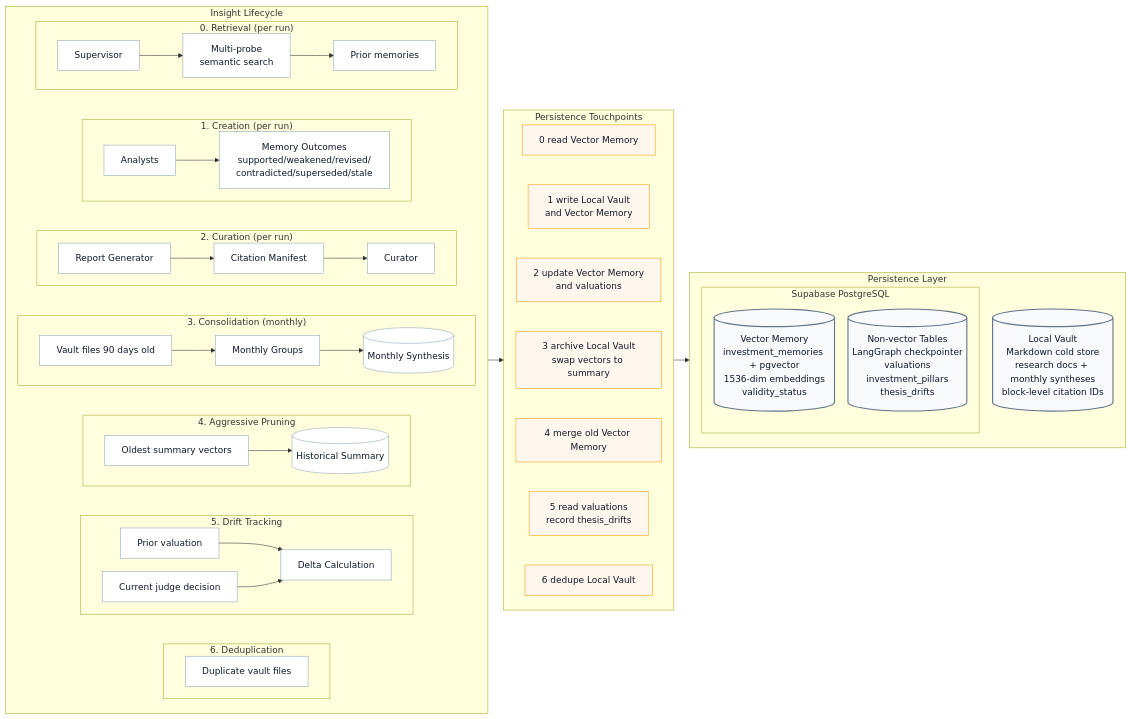
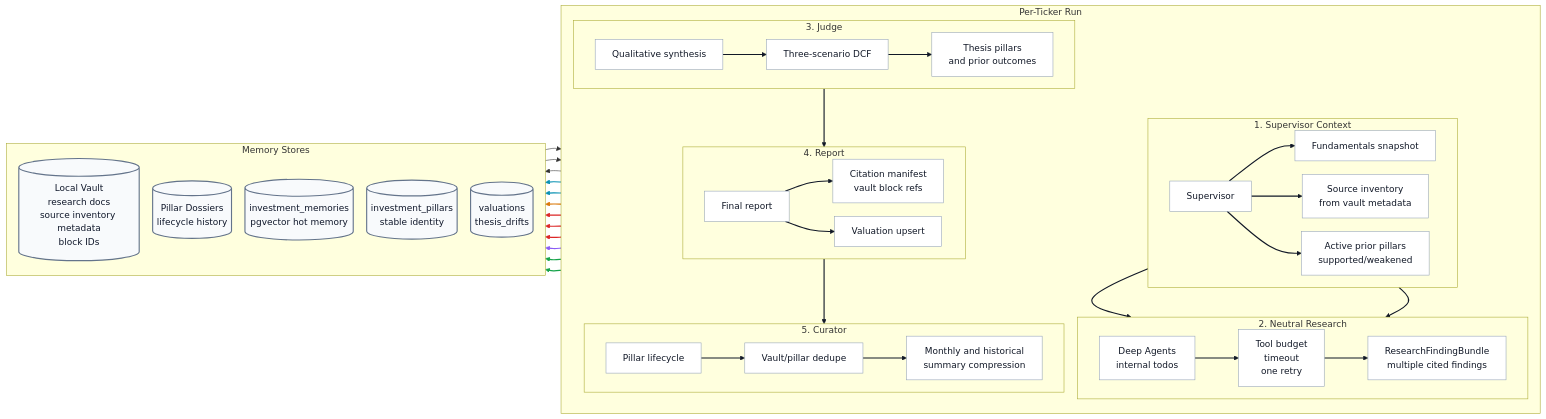
One commit to Cocopuffff/valuebrief changed the second of 2 diagrams in README.md. Above: the diagram before and after it, drawn with Mermaid. The commit also changed other lines of this file and 39 other files, not shown here.

First line of the commit message:
feat: add resilient Deep Agents research workflow

````diff
--- a/README.md
+++ b/README.md
@@ -141,104 +159,109 @@
 ```mermaid
 %%{init: {"flowchart": {"curve": "basis", "nodeSpacing": 24, "rankSpacing": 28}} }%%
 flowchart LR
-    subgraph LIFE["Insight Lifecycle"]
+    subgraph RUN["Per-Ticker Run"]
         direction TB
 
-        subgraph STEP0["0. Retrieval (per run)"]
+        subgraph STEP1["1. Supervisor Context"]
             direction LR
             S[Supervisor]
-            PROBES[Multi-probe<br/>semantic search]
-            PRIOR[Prior memories]
-            S --> PROBES --> PRIOR
+            F[Fundamentals snapshot]
+            INV[Source inventory<br/>from vault metadata]
+            PRIOR[Active prior pillars<br/>supported/weakened]
+            S --> F
+            S --> INV
+            S --> PRIOR
         end
 
-        subgraph STEP1["1. Creation (per run)"]
+        subgraph STEP2["2. Neutral Research"]
             direction LR
-            ANALYSTS[Analysts]
-            OUTCOMES[Memory Outcomes<br/>supported/weakened/revised/<br/>contradicted/superseded/stale]
-            ANALYSTS --> OUTCOMES
+            DA[Deep Agents<br/>internal todos]
+            BUDGET[Tool budget<br/>timeout<br/>one retry]
+            FIND[ResearchFindingBundle<br/>multiple cited findings]
+            DA --> BUDGET --> FIND
         end
 
-        subgraph STEP2["2. Curation (per run)"]
+        subgraph STEP3["3. Judge"]
             direction LR
-            REP[Report Generator]
-            CM[Citation Manifest]
-            CUR[Curator]
-            REP --> CM --> CUR
+            SYN[Qualitative synthesis]
+            DCF[Three-scenario DCF]
+            PILLAR[Thesis pillars<br/>and prior outcomes]
+            SYN --> DCF --> PILLAR
         end
 
-        subgraph STEP3["3. Consolidation (monthly)"]
+        subgraph STEP4["4. Report"]
             direction LR
-            OLD[Vault files 90 days old]
-            GRP[Monthly Groups]
-            SYNTH[(Monthly Synthesis)]
-            OLD --> GRP --> SYNTH
+            REP[Final report]
+            CITE[Citation manifest<br/>vault block refs]
+            VAL[Valuation upsert]
+            REP --> CITE
+            REP --> VAL
         end
 
-        subgraph STEP4["4. Aggressive Pruning"]
+        subgraph STEP5["5. Curator"]
             direction LR
-            OLDEST[Oldest summary vectors]
-            HIST[(Historical Summary)]
-            OLDEST --> HIST
-        end
-
-        subgraph STEP5["5. Drift Tracking"]
-            direction LR
-            OLDV[Prior valuation]
-            NEWV[Current judge decision]
-            DRIFT[Delta Calculation]
-            OLDV --> DRIFT
-            NEWV --> DRIFT
-        end
-
-        subgraph STEP6["6. Deduplication"]
-            direction LR
-            DUP[Duplicate vault files]
-        end
-
-        STEP0 ~~~ STEP1
-        STEP1 ~~~ STEP2
-        STEP2 ~~~ STEP3
-        STEP3 ~~~ STEP4
-        STEP4 ~~~ STEP5
-        STEP5 ~~~ STEP6
-    end
-
-    subgraph TOUCH["Persistence Touchpoints"]
-        direction TB
-        T0[0 read Vector Memory]
-        T1[1 write Local Vault<br/>and Vector Memory]
-        T2[2 update Vector Memory<br/>and valuations]
-        T3[3 archive Local Vault<br/>swap vectors to summary]
-        T4[4 merge old Vector Memory]
-        T5[5 read valuations<br/>record thesis_drifts]
-        T6[6 dedupe Local Vault]
-        T0 ~~~ T1
-        T1 ~~~ T2
-        T2 ~~~ T3
-        T3 ~~~ T4
-        T4 ~~~ T5
-        T5 ~~~ T6
-    end
-
-    subgraph PERSIST["Persistence Layer"]
-        direction TB
-        VAULT[(Local Vault<br/>Markdown cold store<br/>research docs + monthly syntheses<br/>block-level citation IDs)]
-
-        subgraph PG["Supabase PostgreSQL"]
-            direction TB
-            VEC[(Vector Memory<br/>investment_memories + pgvector<br/>1536-dim embeddings<br/>validity_status)]
-            PGTABLES[(Non-vector Tables<br/>LangGraph checkpointer<br/>valuations<br/>investment_pillars<br/>thesis_drifts)]
+            LIFE[Pillar lifecycle]
+            DEDUPE[Vault/pillar dedupe]
+            COMPRESS[Monthly and historical<br/>summary compression]
+            LIFE --> DEDUPE --> COMPRESS
         end
     end
 
-    LIFE --> TOUCH
-    TOUCH --> PERSIST
+    subgraph STORES["Memory Stores"]
+        direction TB
+        VAULT[(Local Vault<br/>research docs<br/>source inventory metadata<br/>block IDs)]
+        DOSSIER[(Pillar Dossiers<br/>lifecycle history)]
+        VEC[(investment_memories<br/>pgvector hot memory)]
+        REG[(investment_pillars<br/>stable identity)]
+        VDB[(valuations<br/>thesis_drifts)]
+    end
+
+    F --> VAULT
+    INV --> DA
+    PRIOR --> DA
+    REG --> PRIOR
+    VEC --> PRIOR
+    FIND --> VAULT
+    FIND --> VEC
+    PILLAR --> REP
+    CITE --> LIFE
+    VAL --> VDB
+    LIFE --> VEC
+    LIFE --> REG
+    LIFE --> DOSSIER
+    DEDUPE --> VAULT
+    COMPRESS --> VAULT
+    COMPRESS --> VEC
+
+    %% Arrow colours:
+    %% black=RUN process links, red=Pillar lifecycle to Memory Stores.
+    linkStyle 0 stroke:#111827,stroke-width:2px
+    linkStyle 1 stroke:#111827,stroke-width:2px
+    linkStyle 2 stroke:#111827,stroke-width:2px
+    linkStyle 3 stroke:#111827,stroke-width:2px
+    linkStyle 4 stroke:#111827,stroke-width:2px
+    linkStyle 5 stroke:#111827,stroke-width:2px
+    linkStyle 6 stroke:#111827,stroke-width:2px
+    linkStyle 7 stroke:#111827,stroke-width:2px
+    linkStyle 8 stroke:#111827,stroke-width:2px
+    linkStyle 9 stroke:#111827,stroke-width:2px
+    linkStyle 10 stroke:#111827,stroke-width:2px
+    linkStyle 12 stroke:#111827,stroke-width:2px
+    linkStyle 13 stroke:#111827,stroke-width:2px
+    linkStyle 18 stroke:#111827,stroke-width:2px
+    linkStyle 19 stroke:#111827,stroke-width:2px
+    linkStyle 16 stroke:#0891b2,stroke-width:2px
+    linkStyle 17 stroke:#0891b2,stroke-width:2px
+    linkStyle 20 stroke:#d97706,stroke-width:2px
+    linkStyle 21 stroke:#dc2626,stroke-width:2px
+    linkStyle 22 stroke:#dc2626,stroke-width:2px
+    linkStyle 23 stroke:#dc2626,stroke-width:2px
+    linkStyle 24 stroke:#8b5cf6,stroke-width:2px
+    linkStyle 25 stroke:#16a34a,stroke-width:2px
+    linkStyle 26 stroke:#16a34a,stroke-width:2px
 
     classDef store fill:#f8fafc,stroke:#64748b,stroke-width:2px,color:#0f172a
     classDef lifecycle fill:#ffffff,stroke:#94a3b8,stroke-width:1px,color:#111827
-    classDef touch fill:#fff7ed,stroke:#f59e0b,stroke-width:1px,color:#111827
-    class VAULT,VEC,PGTABLES store
-    class S,PROBES,PRIOR,ANALYSTS,OUTCOMES,REP,CM,CUR,OLD,GRP,SYNTH,OLDEST,HIST,OLDV,NEWV,DRIFT,DUP lifecycle
-    class T0,T1,T2,T3,T4,T5,T6 touch
+    class VAULT,DOSSIER,VEC,REG,VDB store
+    class S,F,INV,PRIOR,DA,BUDGET,FIND,SYN,DCF,PILLAR,REP,CITE,VAL,LIFE,DEDUPE,COMPRESS lifecycle
 ```
````
